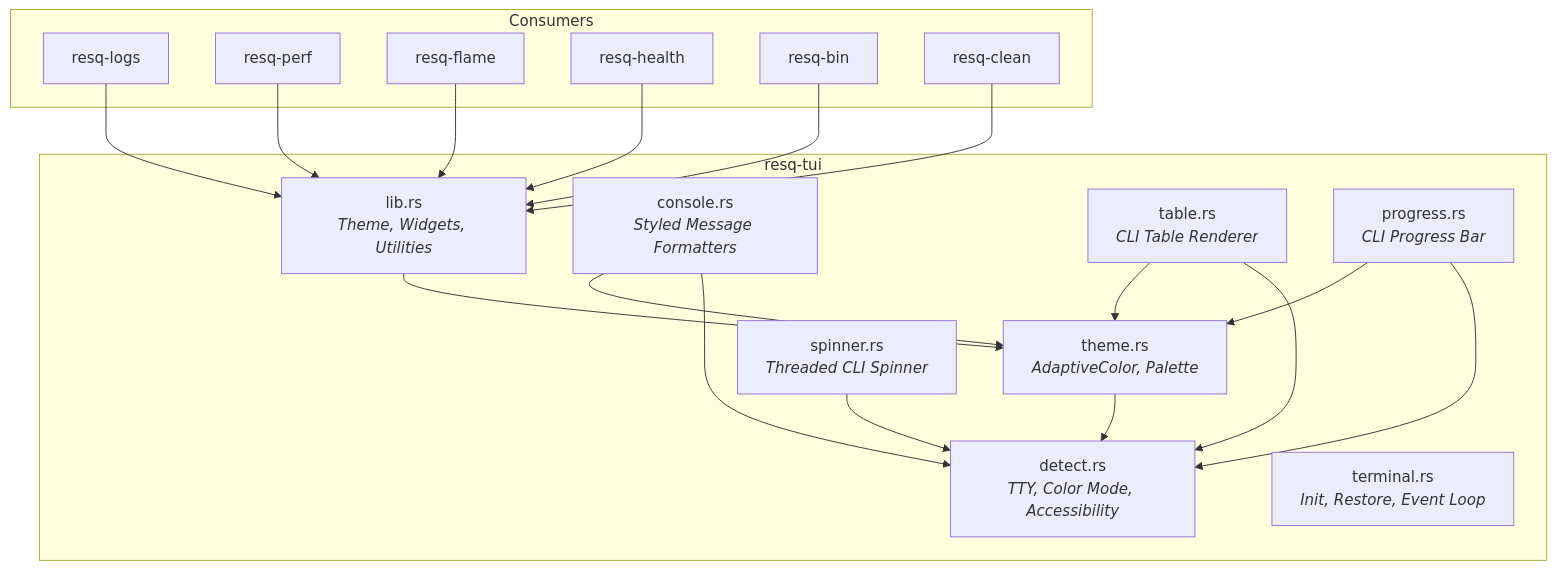
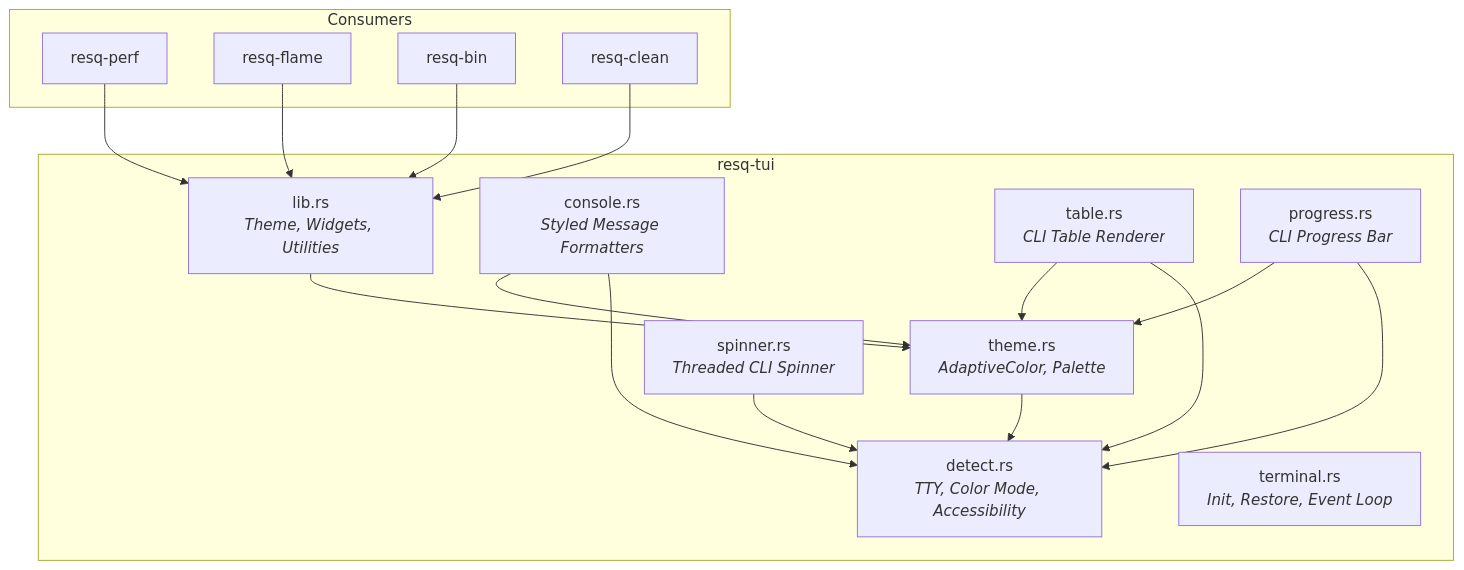
The first of 2 diagrams in sdks/rust/api/resq-tui/index.md (resq-software/docs), drawn with Mermaid before and after one commit. The commit also changed other lines of this file and 26 other files, not shown here.

````diff
--- a/sdks/rust/api/resq-tui/index.md
+++ b/sdks/rust/api/resq-tui/index.md
@@ -21,39 +21,35 @@
 ```mermaid
 graph TD
     subgraph resq-tui
         LIB["lib.rs<br/><i>Theme, Widgets, Utilities</i>"]
         THEME["theme.rs<br/><i>AdaptiveColor, Palette</i>"]
         DETECT["detect.rs<br/><i>TTY, Color Mode, Accessibility</i>"]
         CONSOLE["console.rs<br/><i>Styled Message Formatters</i>"]
         TABLE["table.rs<br/><i>CLI Table Renderer</i>"]
         PROGRESS["progress.rs<br/><i>CLI Progress Bar</i>"]
         SPINNER["spinner.rs<br/><i>Threaded CLI Spinner</i>"]
         TERMINAL["terminal.rs<br/><i>Init, Restore, Event Loop</i>"]
     end
 
     THEME --> DETECT
     CONSOLE --> DETECT
     CONSOLE --> THEME
     TABLE --> DETECT
     TABLE --> THEME
     PROGRESS --> DETECT
     PROGRESS --> THEME
     SPINNER --> DETECT
     LIB --> THEME
 
     subgraph Consumers
-        LOGS["resq-logs"]
         PERF["resq-perf"]
         FLAME["resq-flame"]
-        HEALTH["resq-health"]
         BIN["resq-bin"]
         CLEAN["resq-clean"]
     end
 
-    LOGS --> LIB
     PERF --> LIB
     FLAME --> LIB
-    HEALTH --> LIB
     BIN --> LIB
     CLEAN --> LIB
 ```
````
